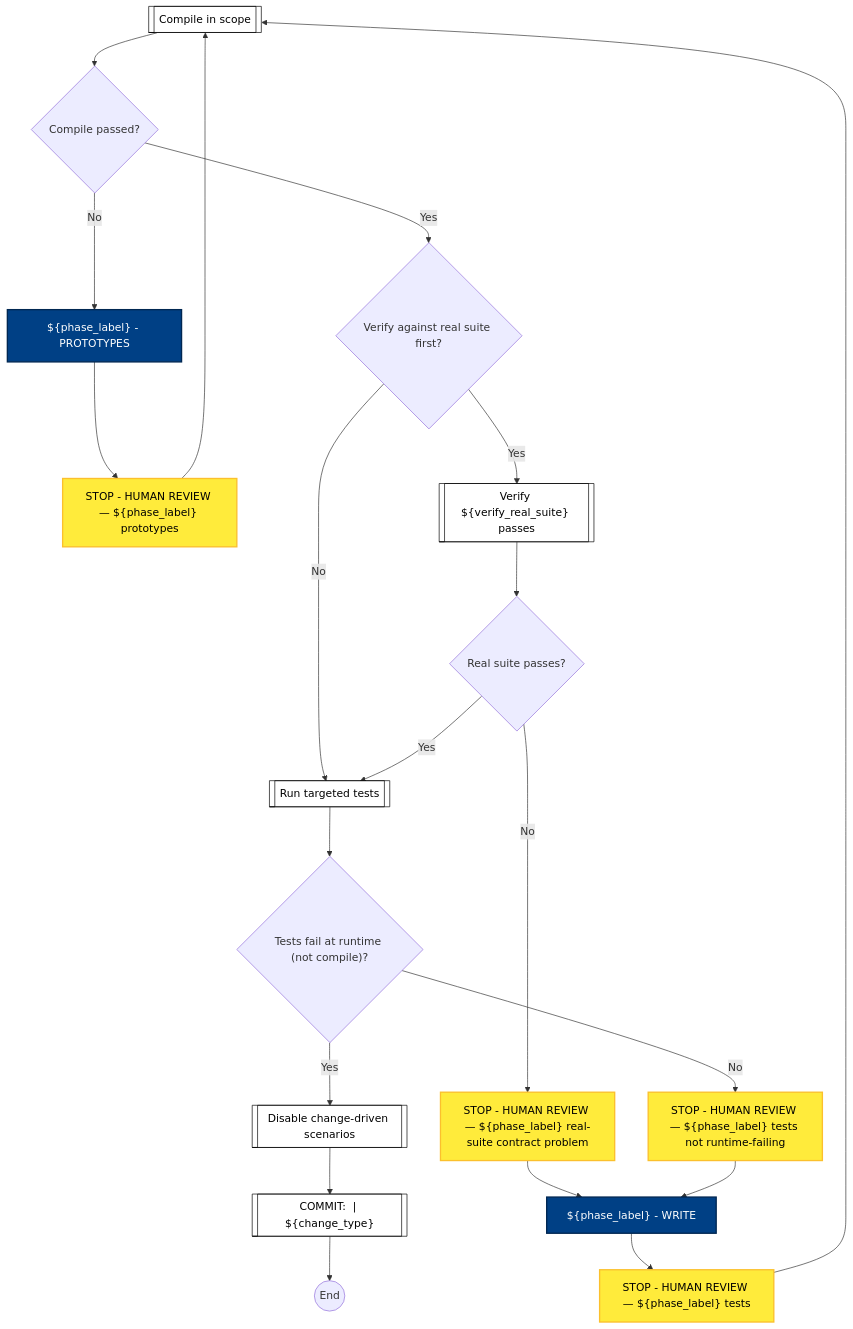
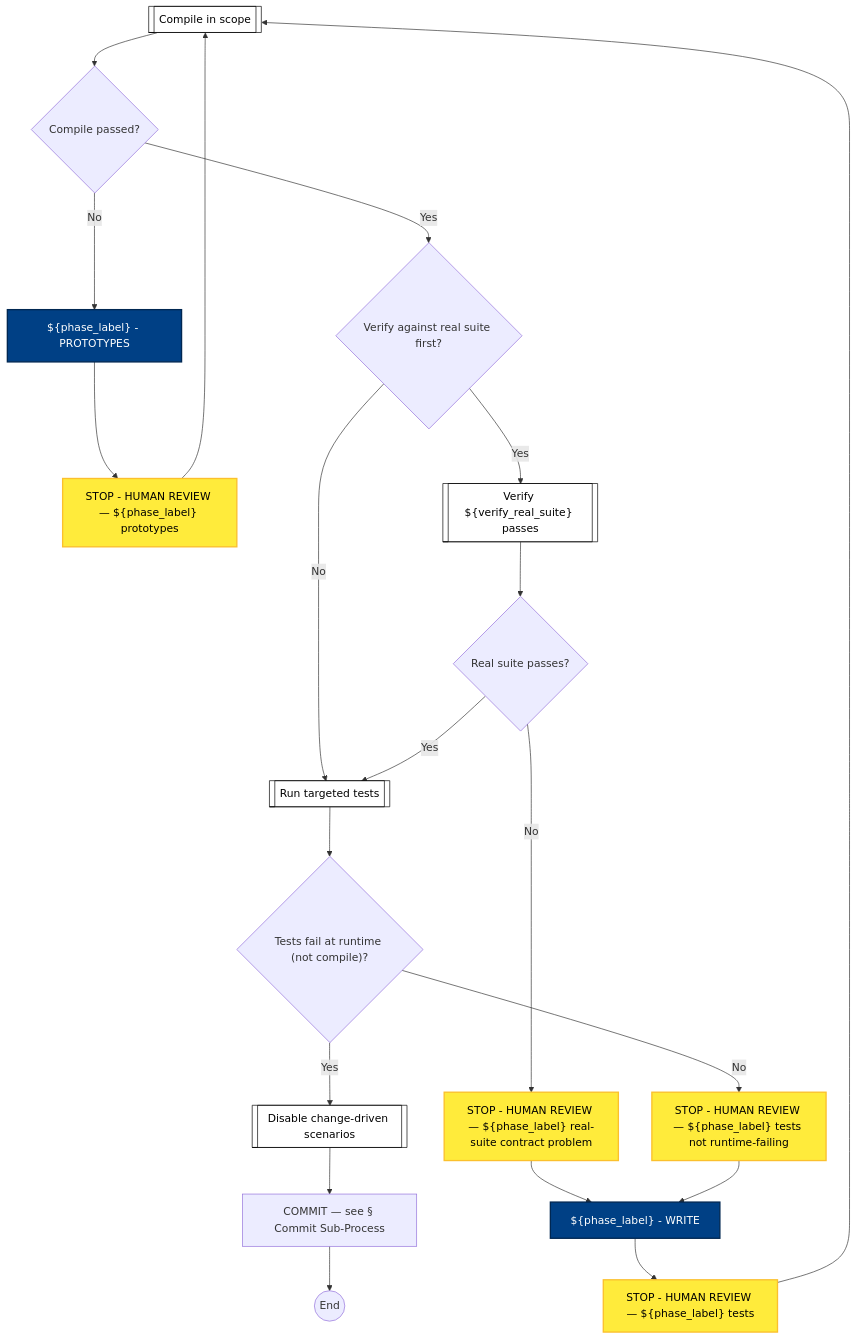
One commit to optivem/gh-optivem changed diagram 14 of 15 in docs/process-diagram.md. Above: the diagram before and after it, drawn with Mermaid. The commit also changed other lines of this file and 27 other files, not shown here.

First line of the commit message:
atdd: extract shared commit sub-process — pair APPROVE_COMMIT with EXECUTE_COMMIT by construction

````diff
--- a/docs/process-diagram.md
+++ b/docs/process-diagram.md
@@ -348,48 +357,48 @@
 ```mermaid
 flowchart TD
-    COMMIT[["COMMIT: <Ticket> | ${change_type}"]]
+    COMMIT[COMMIT — see § Commit Sub-Process]
     COMPILE[[Compile in scope]]
     DISABLE[[Disable change-driven scenarios]]
     GATE_COMPILE_OK{Compile passed?}
     GATE_RUN_FAILED_RUNTIME{"Tests fail at runtime (not compile)?"}
     GATE_VERIFY_REAL_PASS{Real suite passes?}
     GATE_VERIFY_REAL_REQUIRED{Verify against real suite first?}
     RED_END((End))
     RUN[[Run targeted tests]]
     STOP_PROTOTYPE_REVIEW["STOP - HUMAN REVIEW — ${phase_label} prototypes"]
     STOP_RED_NOT_RUNTIME_FAIL["STOP - HUMAN REVIEW — ${phase_label} tests not runtime-failing"]
     STOP_RED_REVIEW["STOP - HUMAN REVIEW — ${phase_label} tests"]
     STOP_VERIFY_REAL_FAIL["STOP - HUMAN REVIEW — ${phase_label} real-suite contract problem"]
     VERIFY_REAL[["Verify ${verify_real_suite} passes"]]
     WRITE["${phase_label} - WRITE"]
     WRITE_PROTOTYPES["${phase_label} - PROTOTYPES"]
 
     WRITE --> STOP_RED_REVIEW
     STOP_RED_REVIEW --> COMPILE
     COMPILE --> GATE_COMPILE_OK
     GATE_COMPILE_OK -- No --> WRITE_PROTOTYPES
     GATE_COMPILE_OK -- Yes --> GATE_VERIFY_REAL_REQUIRED
     WRITE_PROTOTYPES --> STOP_PROTOTYPE_REVIEW
     STOP_PROTOTYPE_REVIEW --> COMPILE
     GATE_VERIFY_REAL_REQUIRED -- Yes --> VERIFY_REAL
     GATE_VERIFY_REAL_REQUIRED -- No --> RUN
     VERIFY_REAL --> GATE_VERIFY_REAL_PASS
     GATE_VERIFY_REAL_PASS -- Yes --> RUN
     GATE_VERIFY_REAL_PASS -- No --> STOP_VERIFY_REAL_FAIL
     STOP_VERIFY_REAL_FAIL --> WRITE
     RUN --> GATE_RUN_FAILED_RUNTIME
     GATE_RUN_FAILED_RUNTIME -- Yes --> DISABLE
     GATE_RUN_FAILED_RUNTIME -- No --> STOP_RED_NOT_RUNTIME_FAIL
     STOP_RED_NOT_RUNTIME_FAIL --> WRITE
     DISABLE --> COMMIT
     COMMIT --> RED_END
 
     classDef serviceNode fill:#ffffff,stroke:#000000,stroke-width:1px,color:#000000
-    class COMMIT,COMPILE,DISABLE,RUN,VERIFY_REAL serviceNode
+    class COMPILE,DISABLE,RUN,VERIFY_REAL serviceNode
 
     classDef agentNode fill:#004085,stroke:#002752,stroke-width:2px,color:#ffffff
     class WRITE,WRITE_PROTOTYPES agentNode
 
     classDef humanNode fill:#ffeb3b,stroke:#fbc02d,stroke-width:2px,color:#000000
     class STOP_PROTOTYPE_REVIEW,STOP_RED_NOT_RUNTIME_FAIL,STOP_RED_REVIEW,STOP_VERIFY_REAL_FAIL humanNode
 ```
````
